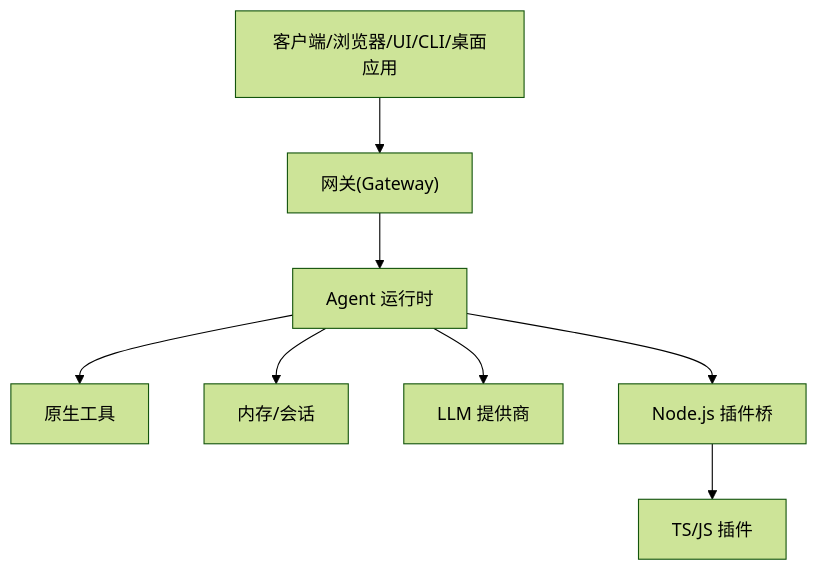
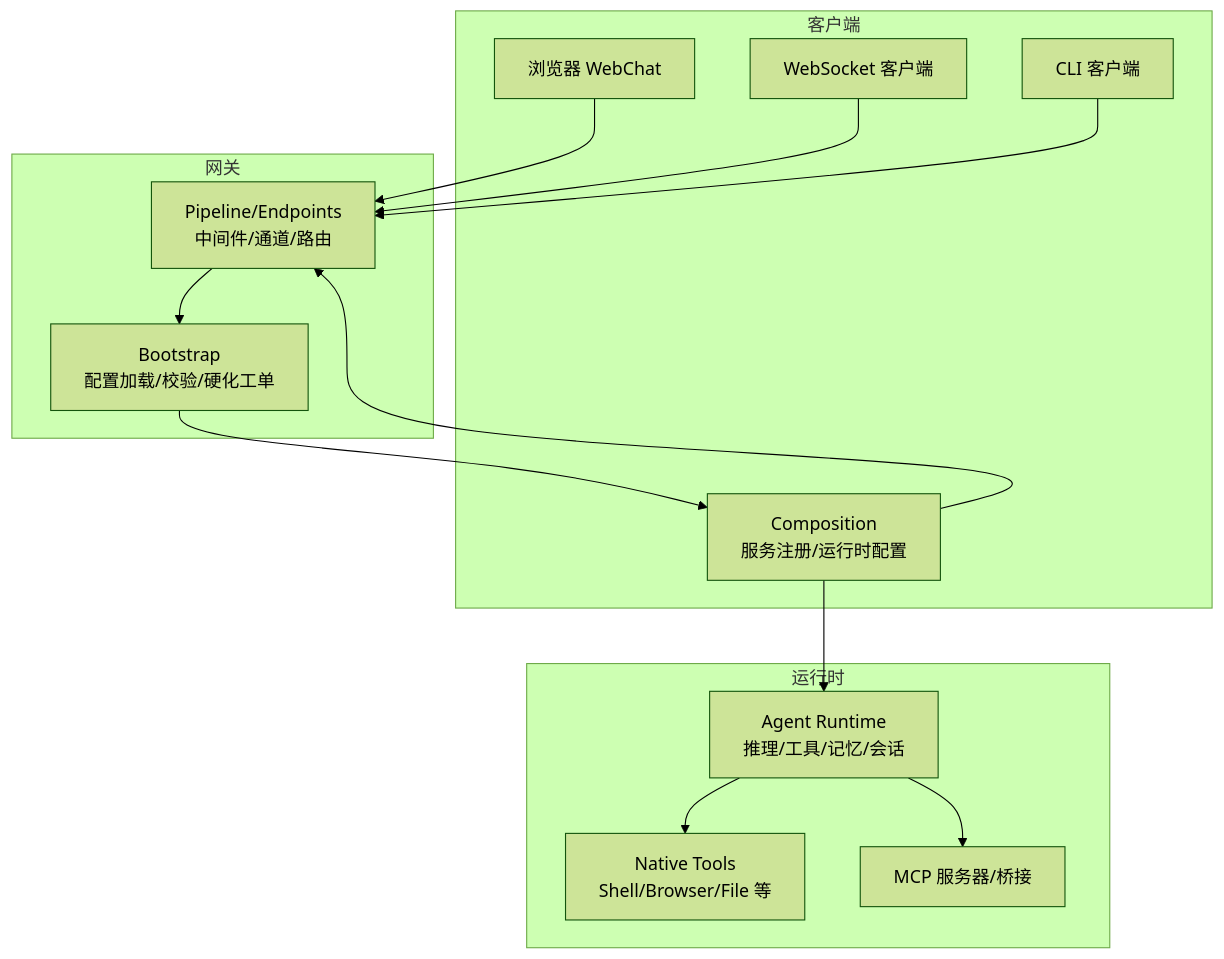
Before and after one commit to wayyet/kingcrab: the second of 4 diagrams in .qoder/repowiki/zh/content/快速开始.md, drawn with Mermaid (forest theme). The commit also changed other lines of this file and 173 other files, not shown here.

````diff
--- a/.qoder/repowiki/zh/content/快速开始.md
+++ b/.qoder/repowiki/zh/content/快速开始.md
@@ -88,10 +108,26 @@
 ```mermaid
 graph TB
-Client["客户端/浏览器/UI/CLI/桌面应用"] --> Gateway["网关(Gateway)"]
-Gateway --> Agent["Agent 运行时"]
-Agent --> Tools["原生工具"]
-Agent --> Memory["内存/会话"]
-Agent --> LLM["LLM 提供商"]
-Agent --> Bridge["Node.js 插件桥"]
-Bridge --> Plugins["TS/JS 插件"]
+subgraph "客户端"
+WEB["浏览器 WebChat"]
+WS["WebSocket 客户端"]
+CLI["CLI 客户端"]
+COMP["Companion 桌面应用"]
+end
+subgraph "网关"
+BOOT["Bootstrap<br/>配置加载/校验/硬化工单"]
+COMP["Composition<br/>服务注册/运行时配置"]
+PIPE["Pipeline/Endpoints<br/>中间件/通道/路由"]
+end
+subgraph "运行时"
+RUNTIME["Agent Runtime<br/>推理/工具/记忆/会话"]
+TOOLS["Native Tools<br/>Shell/Browser/File 等"]
+MCP["MCP 服务器/桥接"]
+end
+WEB --> PIPE
+WS --> PIPE
+CLI --> PIPE
+COMP --> PIPE
+PIPE --> BOOT --> COMP --> RUNTIME
+RUNTIME --> TOOLS
+RUNTIME --> MCP
 ```
````
